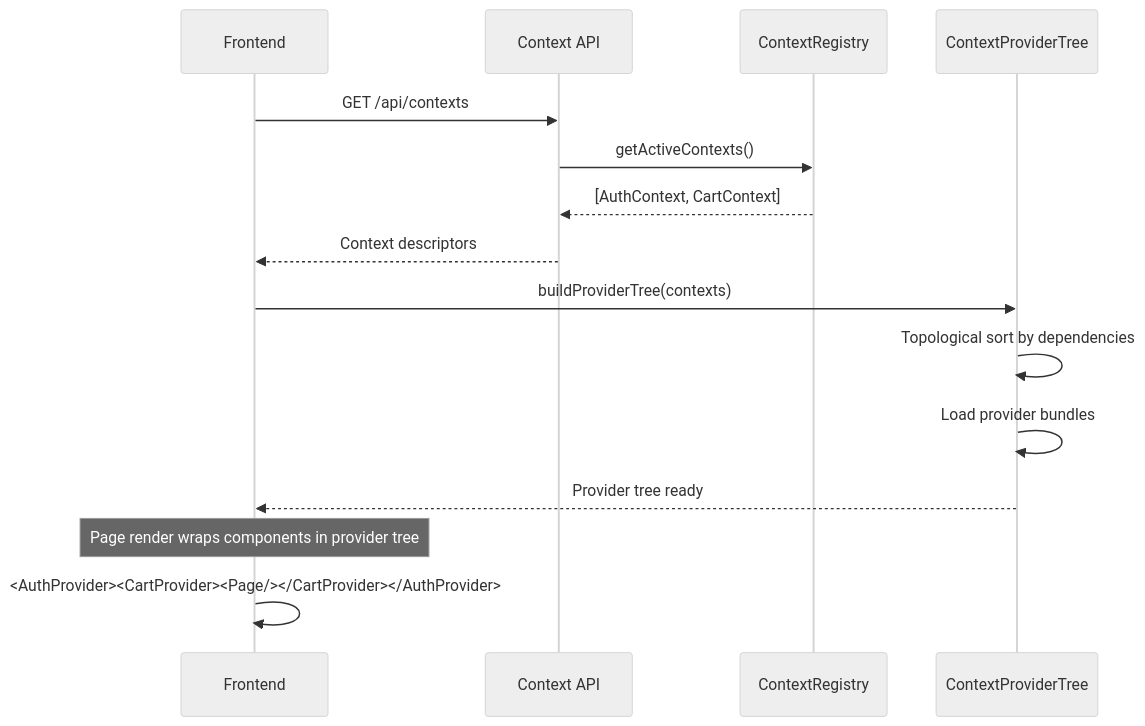
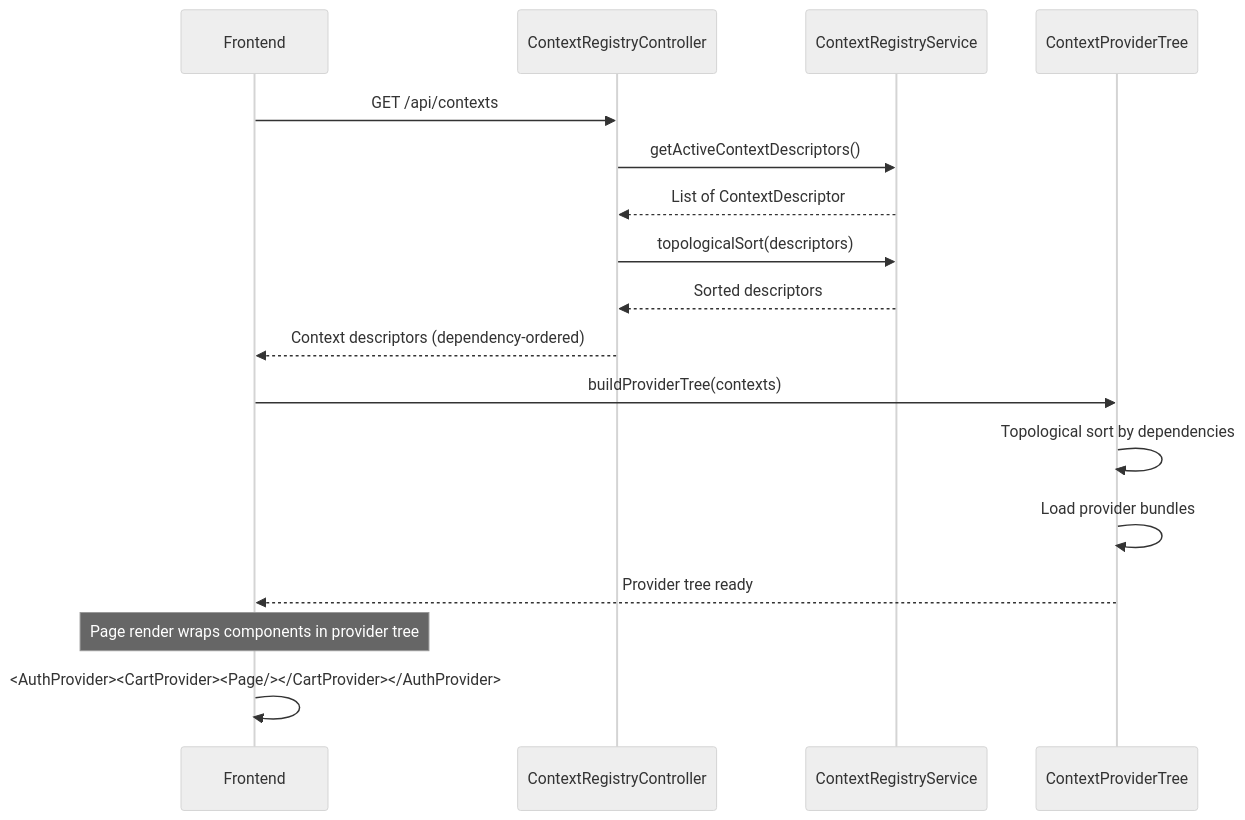
Before and after one commit to Visual-Site-Designer-VSD/visual-site-designer: the fifth of 13 diagrams in docs/architecture/arc42/06-runtime-view.md, drawn with Mermaid (neutral theme). The commit also changed other lines of this file and 15 other files, not shown here.

````diff
--- a/docs/architecture/arc42/06-runtime-view.md
+++ b/docs/architecture/arc42/06-runtime-view.md
@@ -292,20 +265,22 @@
 ```mermaid
 sequenceDiagram
     participant FE as Frontend
-    participant API as Context API
-    participant CtxReg as ContextRegistry
+    participant API as ContextRegistryController
+    participant CtxReg as ContextRegistryService
     participant FE_CTX as ContextProviderTree
 
     FE->>API: GET /api/contexts
-    API->>CtxReg: getActiveContexts()
-    CtxReg-->>API: [AuthContext, CartContext]
-    API-->>FE: Context descriptors
+    API->>CtxReg: getActiveContextDescriptors()
+    CtxReg-->>API: List of ContextDescriptor
+    API->>CtxReg: topologicalSort(descriptors)
+    CtxReg-->>API: Sorted descriptors
+    API-->>FE: Context descriptors (dependency-ordered)
 
     FE->>FE_CTX: buildProviderTree(contexts)
     FE_CTX->>FE_CTX: Topological sort by dependencies
     FE_CTX->>FE_CTX: Load provider bundles
     FE_CTX-->>FE: Provider tree ready
 
     Note over FE: Page render wraps components in provider tree
     FE->>FE: <AuthProvider><CartProvider><Page/></CartProvider></AuthProvider>
 ```
````
